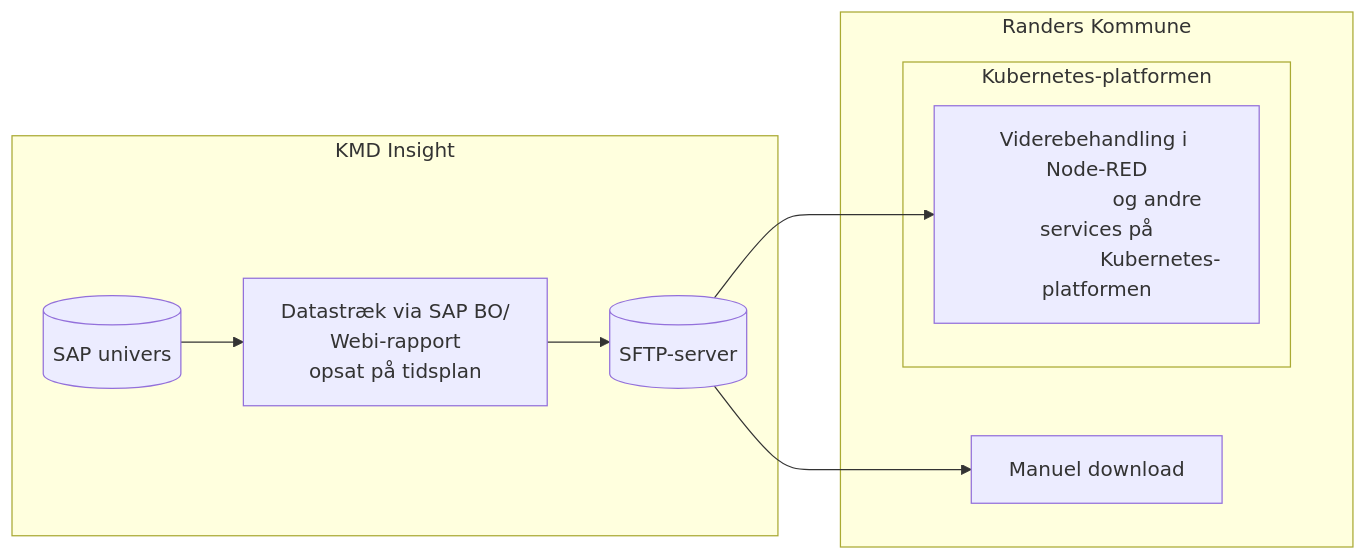
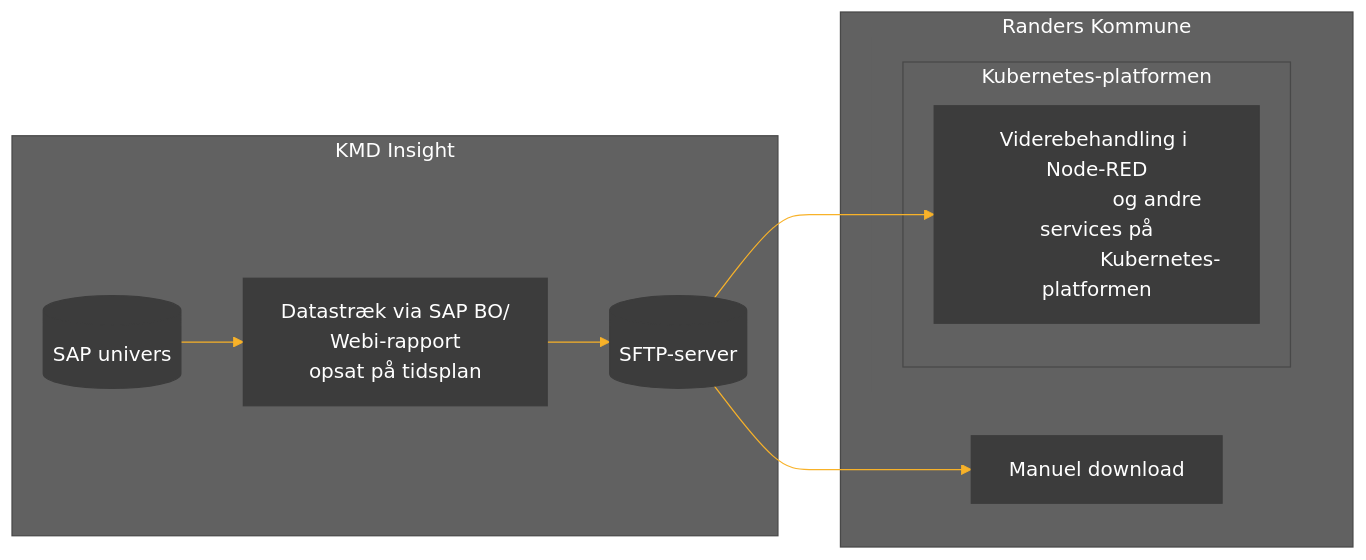
Before and after one commit to Randers-Kommune-Digitalisering/custom-data-connector: the second of 2 diagrams in README.md, drawn with Mermaid.

Commit message:
justering af readme.md

````diff
--- a/README.md
+++ b/README.md
@@ -89,35 +89,51 @@
 ```mermaid
+
+%%{
+  init: {
+    'theme': 'base',
+    'themeVariables': {
+      'primaryColor': '#3c3c3c',
+      'primaryTextColor': '#fff',
+      'primaryBorderColor': '#3c3c3c',
+      'lineColor': '#F8B229',
+      'secondaryColor': '#616161',
+      'tertiaryColor': '#616161',
+      'tertiaryTextColor': '#fff'
+    }
+  }
+}%%
+
 %% Upload af data %%
 flowchart LR
     subgraph "Randers Kommune" 
         subgraph subgraph_padding_1 [ ]
             style subgraph_padding_1 stroke-dasharray: 0 1     
             subgraph "Kubernetes-platformen"
                 B1["
                     Viderebehandling i Node-RED
                     og andre services på
                     Kubernetes-platformen
                 "]
             end
         end
         B2["
             Manuel download 
         "]
     end
     subgraph "KMD Insight" 
         C[("SFTP-server")]
         D["
             Datastræk via SAP BO/
             Webi-rapport
             opsat på tidsplan
         "]
         E[("
             SAP univers        
         ")]
     end;
     E-->D
     D-->C
     C-->B1
     C-->B2
 
 ```
````
